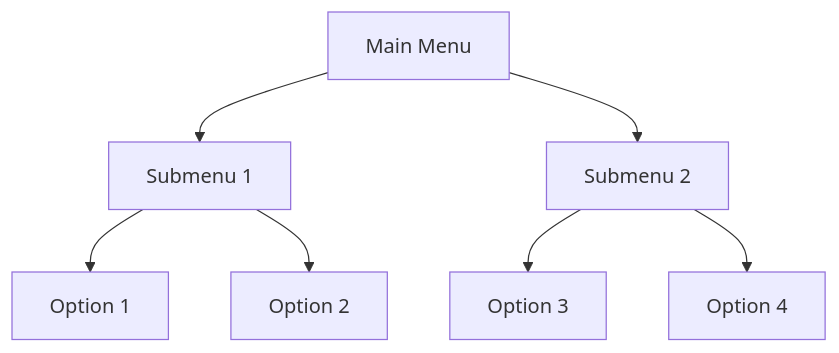
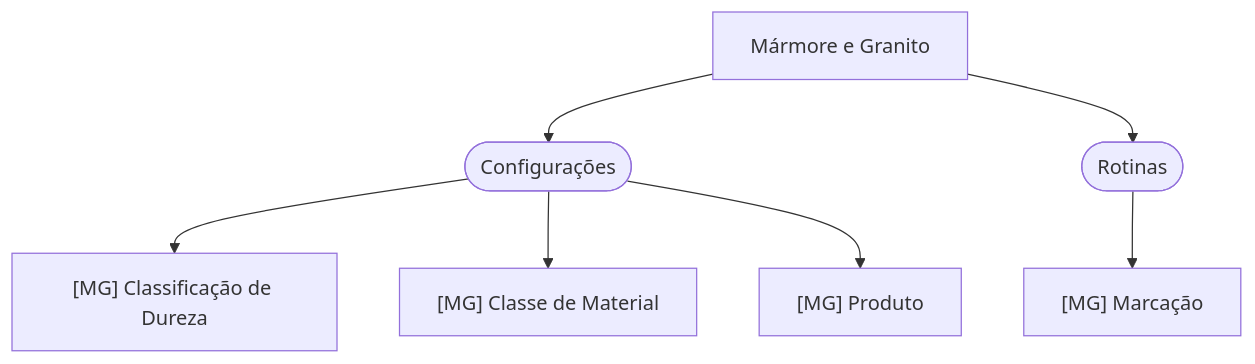
One commit to cbmsoft/margrandocs changed the diagram in docs/_extension/index.md. Above: the diagram before and after it, drawn with Mermaid. The commit also changed other lines of this file and 2 other files, not shown here.

Commit message:
fix: structure

````diff
--- a/docs/_extension/index.md
+++ b/docs/_extension/index.md
@@ -14,9 +14,9 @@
 ``` mermaid
 flowchart TD
-    A[Main Menu] --> B[Submenu 1]
-    A --> C[Submenu 2]
-    B --> D[Option 1]
-    B --> E[Option 2]
-    C --> F[Option 3]
-    C --> G[Option 4]
+    A[Mármore e Granito] --> B(["Configurações"])
+    A --> C([Rotinas])
+    B --> D["[MG] Classificação de Dureza"]
+    B --> E["[MG] Classe de Material"]
+    B --> F["[MG] Produto"]
+    C --> G["[MG] Marcação"]
 ```
````
